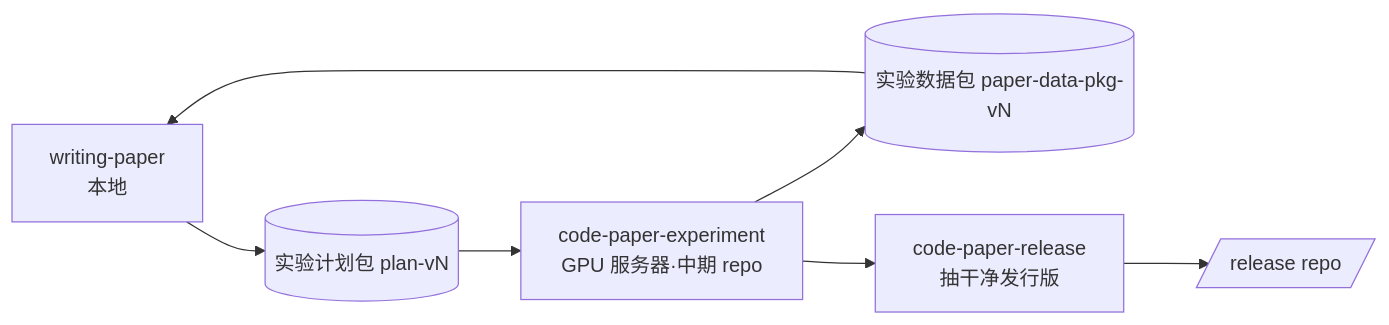
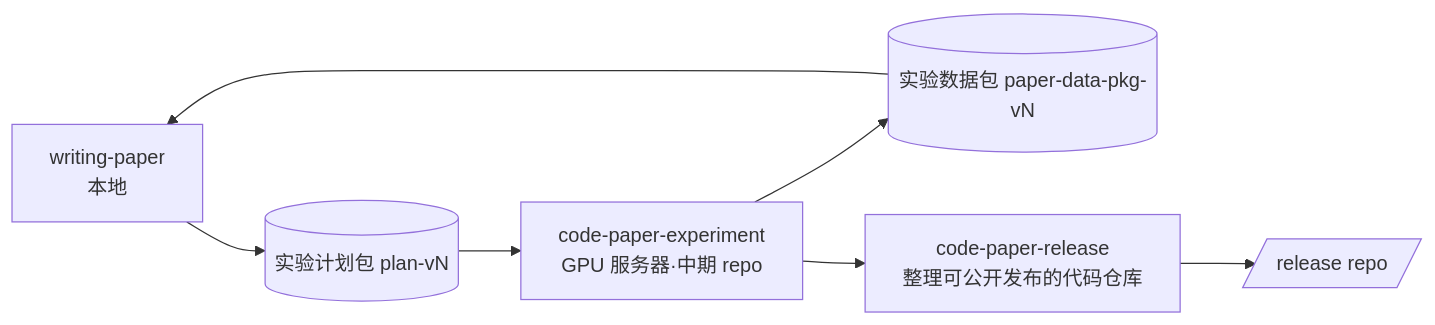
One commit to jackwang0108/dl-assistant changed the first of 2 diagrams in plugins/dl-assistant/skills/code-paper-experiment/SKILL.md. Above: the diagram before and after it, drawn with Mermaid. The commit also changed other lines of this file and 143 other files, not shown here.

````diff
--- a/plugins/dl-assistant/skills/code-paper-experiment/SKILL.md
+++ b/plugins/dl-assistant/skills/code-paper-experiment/SKILL.md
@@ -30,9 +30,9 @@
 ```mermaid
 flowchart LR
     WP["writing-paper<br/>本地"] --> EPLAN[("实验计划包 plan-vN")]
     EPLAN --> CPE["code-paper-experiment<br/>GPU 服务器·中期 repo"]
     CPE --> OUT[("实验数据包 paper-data-pkg-vN")]
     OUT --> WP
-    CPE --> REL["code-paper-release<br/>抽干净发行版"]
+    CPE --> REL["code-paper-release<br/>整理可公开发布的代码仓库"]
     REL --> REPO[/release repo/]
 ```
````
